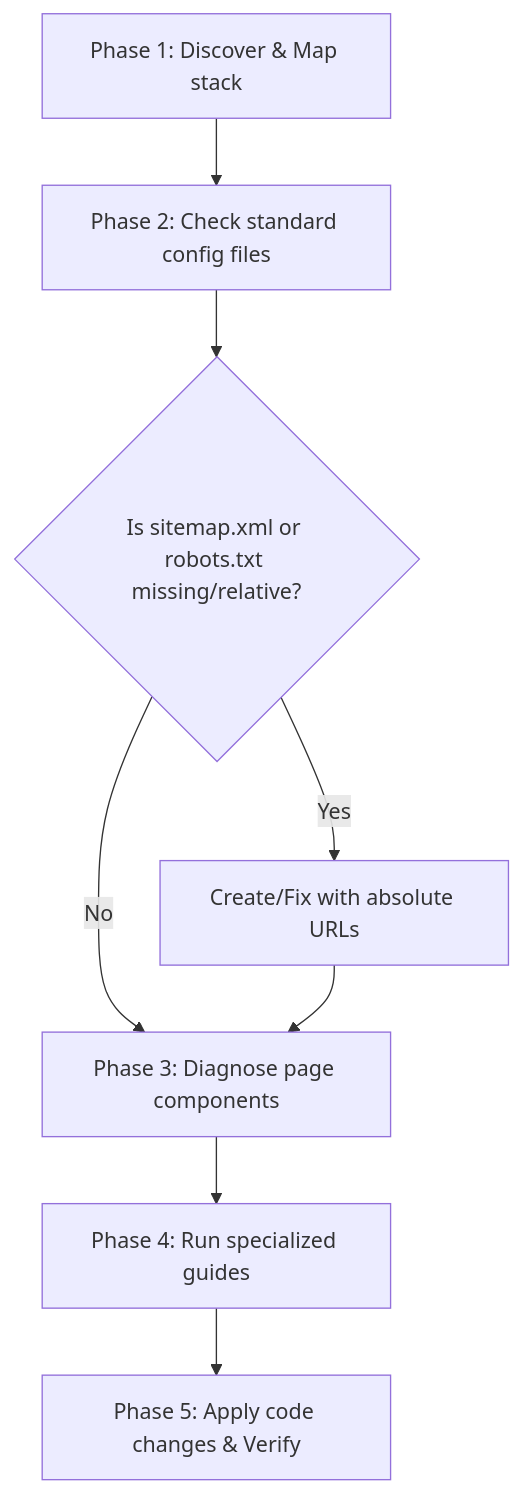
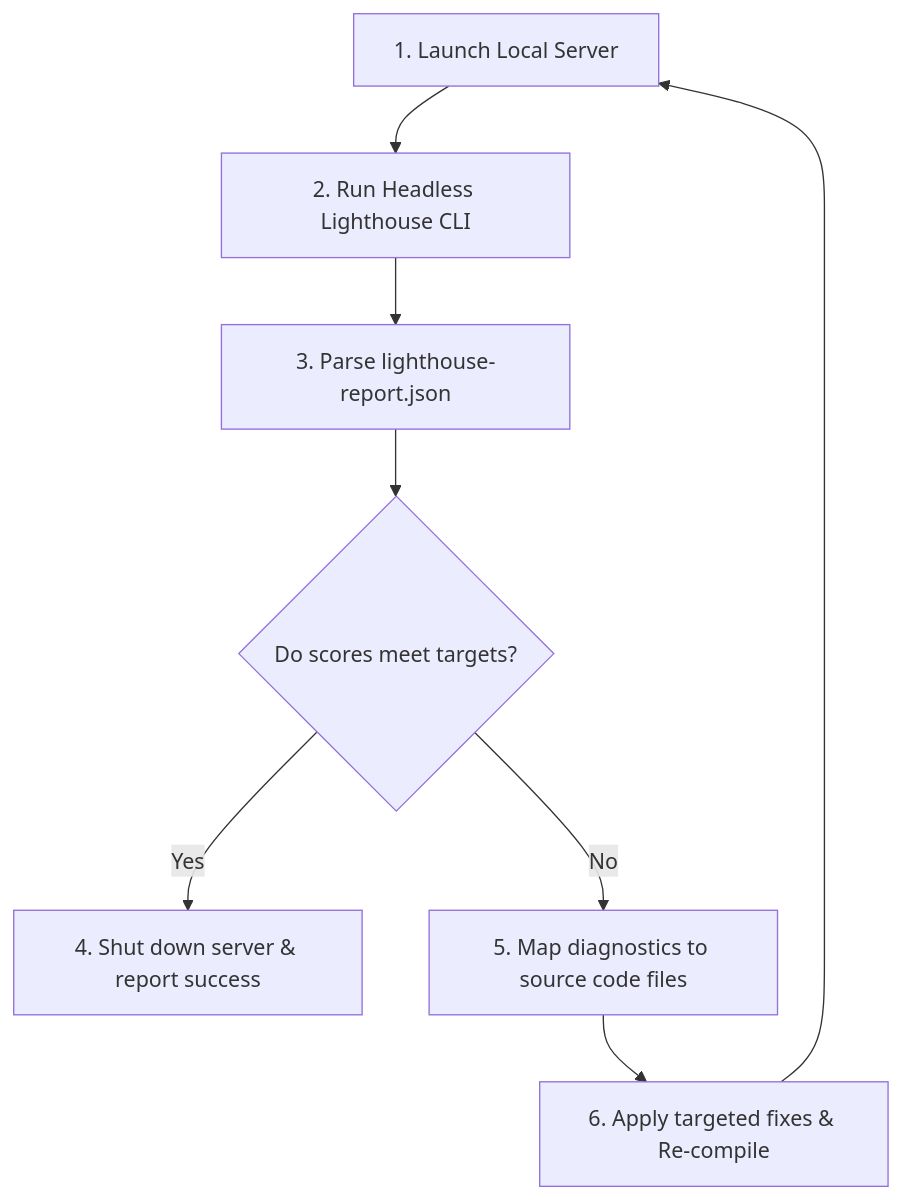
One commit to madhavkalra7/icypluto-seo changed the diagram in skills/icypluto/SKILL.md. Above: the diagram before and after it, drawn with Mermaid. The commit also changed other lines of this file and 1 other file, not shown here.

Commit message:
Refactor Icypluto skill documentation to enhance clarity on self-healing processes and optimize performance and accessibility guidelines, including detailed parsing instructions for Lighthouse diagnostics.

````diff
--- a/skills/icypluto/SKILL.md
+++ b/skills/icypluto/SKILL.md
@@ -21,10 +23,10 @@
 ```mermaid
 graph TD
-    A["Phase 1: Discover & Map stack"] --> B["Phase 2: Check standard config files"]
-    B --> C{"Is sitemap.xml or robots.txt missing/relative?"}
-    C -- Yes --> D["Create/Fix with absolute URLs"]
-    C -- No --> E["Phase 3: Diagnose page components"]
-    D --> E
-    E --> F["Phase 4: Run specialized guides"]
-    F --> G["Phase 5: Apply code changes & Verify"]
+    A["1. Launch Local Server"] --> B["2. Run Headless Lighthouse CLI"]
+    B --> C["3. Parse lighthouse-report.json"]
+    C --> D{"Do scores meet targets?"}
+    D -- Yes --> E["4. Shut down server & report success"]
+    D -- No --> F["5. Map diagnostics to source code files"]
+    F --> G["6. Apply targeted fixes & Re-compile"]
+    G --> A
 ```
````
